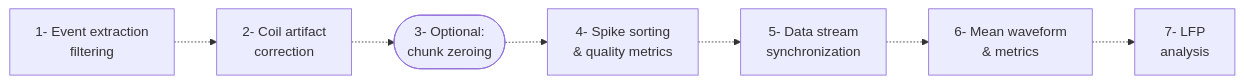
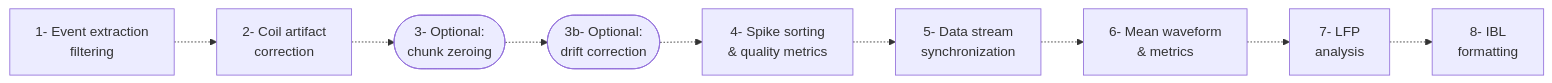
The diagram in README.md (LSENS-BMI-EPFL/ephys_preprocessing), drawn with Mermaid before and after one commit. The commit also changed other lines of this file, not shown here.

````diff
--- a/README.md
+++ b/README.md
@@ -12,9 +12,11 @@
 ```mermaid
 graph LR
     Step1["1- Event extraction <br/> filtering"] -.-> Step2["2- Coil artifact <br/> correction"]
     Step2 -.-> Step3(["3- Optional: <br/> chunk zeroing"])
-    Step3 -.-> Step4["4- Spike sorting <br/> & quality metrics"]
+    Step3 -.-> Step3b(["3b- Optional: <br/> drift correction"])
+    Step3b -.-> Step4["4- Spike sorting <br/> & quality metrics"]
     Step4 -.-> Step5["5- Data stream <br/> synchronization"]
     Step5 -.-> Step6["6- Mean waveform <br/> & metrics"]
     Step6 -.-> Step7["7- LFP <br/> analysis"]
+    Step7 -.-> Step8["8- IBL <br/> formatting"]
 ```
````
